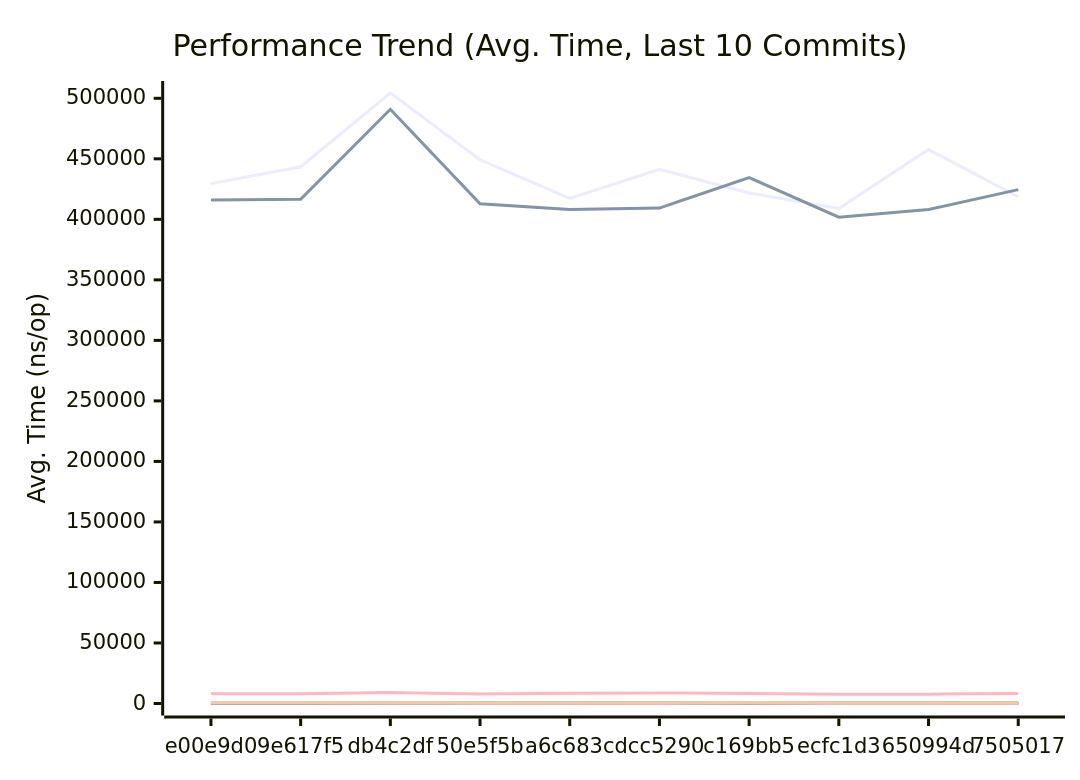
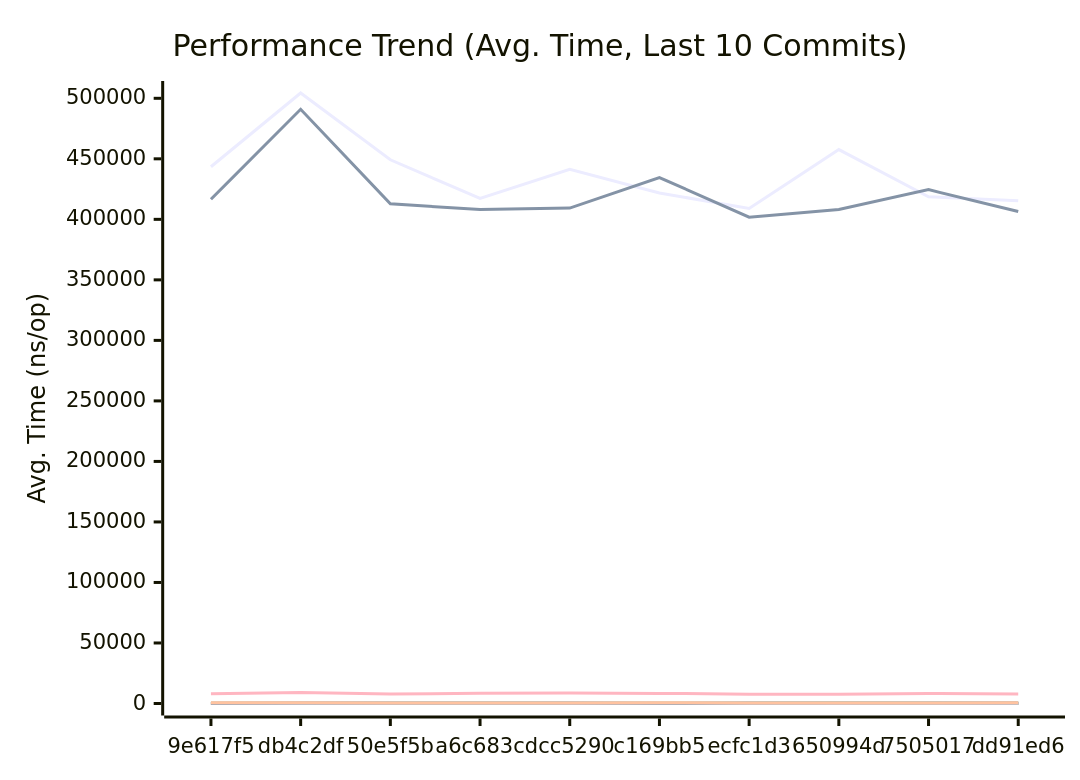
Before and after one commit to alsotoes/momo: the first of 3 diagrams in docs/PERFORMANCE.md, drawn with Mermaid. The commit also changed other lines of this file and 3 other files, not shown here.

Commit message:
fix: make LimitedConnReader thread-safe with mutex (#652)

````diff
--- a/docs/PERFORMANCE.md
+++ b/docs/PERFORMANCE.md
@@ -145,20 +145,20 @@
 ```mermaid
 xychart-beta
     title "Performance Trend (Avg. Time, Last 10 Commits)"
     x-axis "Commit"
     y-axis "Avg. Time (ns/op)"
-    x-axis [e00e9d0,9e617f5,db4c2df,50e5f5b,a6c683c,dcc5290,c169bb5,ecfc1d3,650994d,7505017]
-    line "AWSChunkedReaderSigned" [429495,443463,504383,449225,417284,441285,421825,408990,457655,418649]
-    line "AWSChunkedReaderUnsigned" [416046,416589,490906,412879,408069,409317,434524,401783,408115,424530]
-    line "CheckMetricsAndSwap" [8,7,8,8,8,8,8,8,8,8]
-    line "CrushOptimized" [318,318,375,304,305,316,338,304,306,309]
-    line "CrushOriginal" [411,409,471,434,425,445,417,407,394,422]
+    x-axis [9e617f5,db4c2df,50e5f5b,a6c683c,dcc5290,c169bb5,ecfc1d3,650994d,7505017,dd91ed6]
+    line "AWSChunkedReaderSigned" [443463,504383,449225,417284,441285,421825,408990,457655,418649,415373]
+    line "AWSChunkedReaderUnsigned" [416589,490906,412879,408069,409317,434524,401783,408115,424530,406436]
+    line "CheckMetricsAndSwap" [7,8,8,8,8,8,8,8,8,7]
+    line "CrushOptimized" [318,375,304,305,316,338,304,306,309,294]
+    line "CrushOriginal" [409,471,434,425,445,417,407,394,422,407]
     line "IndexDirectTracking" [0,0,0,0,0,0,0,0,0,0]
     line "IndexSearch" [2,2,2,2,2,2,2,2,2,2]
-    line "LoadGlobalConfig" [8049,8138,9117,7890,8368,8771,8344,7742,7670,8319]
-    line "PadString" [39,39,49,39,40,45,41,40,38,40]
+    line "LoadGlobalConfig" [8138,9117,7890,8368,8771,8344,7742,7670,8319,7911]
+    line "PadString" [39,49,39,40,45,41,40,38,40,39]
     line "ParseReplicationOrder_NoPrealloc" [350,349,357,354,345,225,229,165,232,234]
     line "ParseReplicationOrder_Prealloc" [229,231,237,234,229,108,107,80,110,109]
-    line "SanitizeLog/Safe" [213,222,430,390,419,504,229,396,398,416]
-    line "SanitizeLog/Unsafe" [673,658,601,504,506,501,678,514,487,506]
+    line "SanitizeLog/Safe" [222,430,390,419,504,229,396,398,416,401]
+    line "SanitizeLog/Unsafe" [658,601,504,506,501,678,514,487,506,541]
 ```
````
